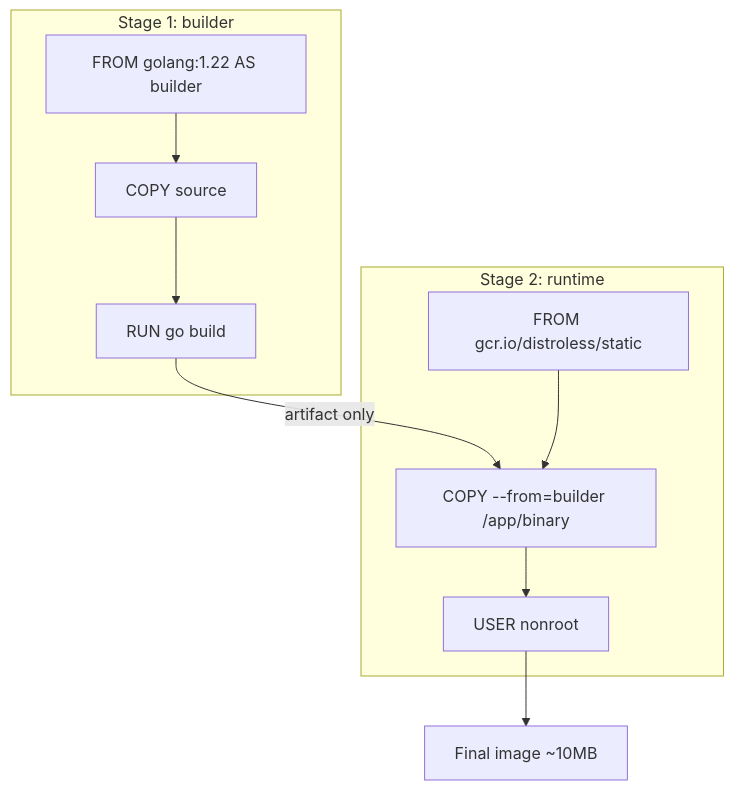
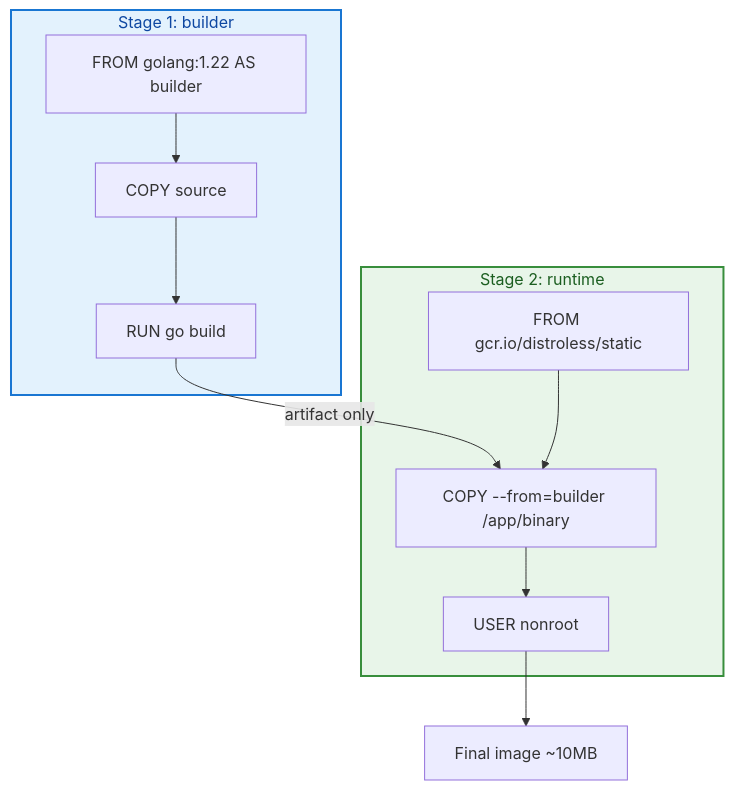
The diagram in docs/docker/dockerfile-best-practices-and-multi-stage-builds.md (rebash-rebash/rebash-academy), drawn with Mermaid before and after one commit. The commit also changed 66 other files, not shown here.

First line of the commit message:
Render Mermaid diagrams as build-time SVGs and fix Learning Paths nav.

````diff
--- a/docs/docker/dockerfile-best-practices-and-multi-stage-builds.md
+++ b/docs/docker/dockerfile-best-practices-and-multi-stage-builds.md
@@ -49,19 +49,21 @@
 ```mermaid
 flowchart TB
     subgraph Stage1["Stage 1: builder"]
         B1["FROM golang:1.22 AS builder"]
         B2[COPY source]
         B3[RUN go build]
     end
 
     subgraph Stage2["Stage 2: runtime"]
         R1["FROM gcr.io/distroless/static"]
         R2["COPY --from=builder /app/binary"]
         R3[USER nonroot]
     end
 
     B1 --> B2 --> B3
     B3 -->|artifact only| R2
     R1 --> R2 --> R3
     R3 --> IMG[Final image ~10MB]
+    style Stage1 fill:#e3f2fd,stroke:#1976d2,stroke-width:2px,color:#0d47a1
+    style Stage2 fill:#e8f5e9,stroke:#388e3c,stroke-width:2px,color:#1b5e20
 ```
````
